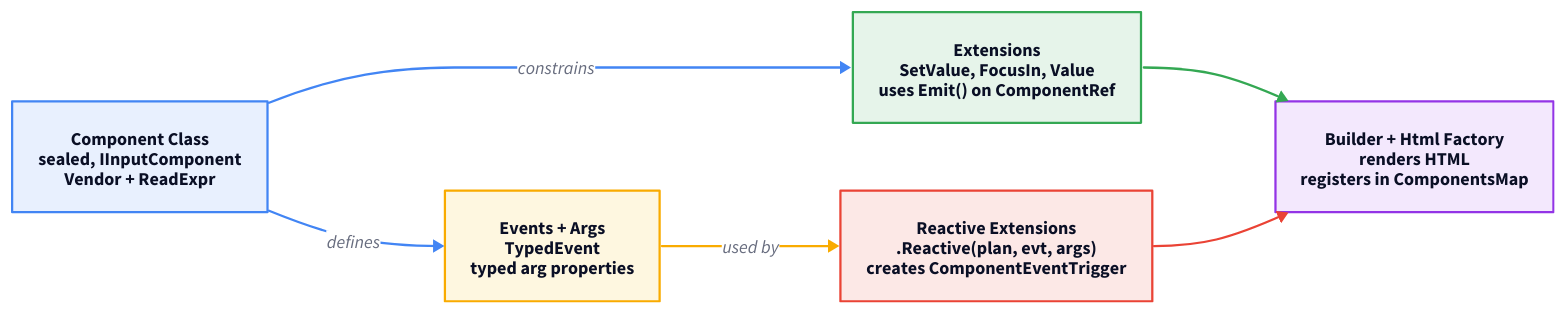
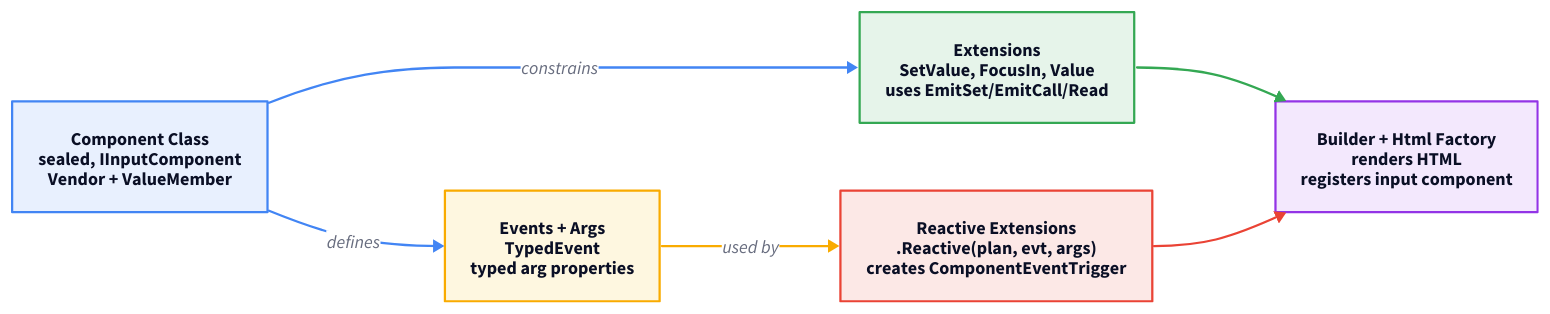
Before and after one commit to marafiq/alis-reactive: the first of 2 diagrams in docs-site/src/content/docs/architecture/vertical-slice.mdx, drawn with D2. The commit also changed other lines of this file and 3 other files, not shown here.

````diff
--- a/docs-site/src/content/docs/architecture/vertical-slice.mdx
+++ b/docs-site/src/content/docs/architecture/vertical-slice.mdx
@@ -26,50 +26,50 @@
 ```d2
 direction: right
 
-component: "Component Class\nsealed, IInputComponent\nVendor + ReadExpr" {
+component: "Component Class\nsealed, IInputComponent\nVendor + ValueMember" {
   shape: rectangle
   style.fill: "#e8f0fe"
   style.stroke: "#4285f4"
   style.font-size: 16
 }
 events: "Events + Args\nTypedEvent\ntyped arg properties" {
   shape: rectangle
   style.fill: "#fef7e0"
   style.stroke: "#f9ab00"
   style.font-size: 16
 }
-extensions: "Extensions\nSetValue, FocusIn, Value\nuses Emit() on ComponentRef" {
+extensions: "Extensions\nSetValue, FocusIn, Value\nuses EmitSet/EmitCall/Read" {
   shape: rectangle
   style.fill: "#e6f4ea"
   style.stroke: "#34a853"
   style.font-size: 16
 }
 reactive: "Reactive Extensions\n.Reactive(plan, evt, args)\ncreates ComponentEventTrigger" {
   shape: rectangle
   style.fill: "#fce8e6"
   style.stroke: "#ea4335"
   style.font-size: 16
 }
-builder: "Builder + Html Factory\nrenders HTML\nregisters in ComponentsMap" {
+builder: "Builder + Html Factory\nrenders HTML\nregisters input component" {
   shape: rectangle
   style.fill: "#f3e8fd"
   style.stroke: "#9334e6"
   style.font-size: 16
 }
 
 component -> events: defines {
   style.stroke: "#4285f4"
 }
 component -> extensions: constrains {
   style.stroke: "#4285f4"
 }
 events -> reactive: used by {
   style.stroke: "#f9ab00"
 }
 extensions -> builder: {
   style.stroke: "#34a853"
 }
 reactive -> builder: {
   style.stroke: "#ea4335"
 }
 ```
````
